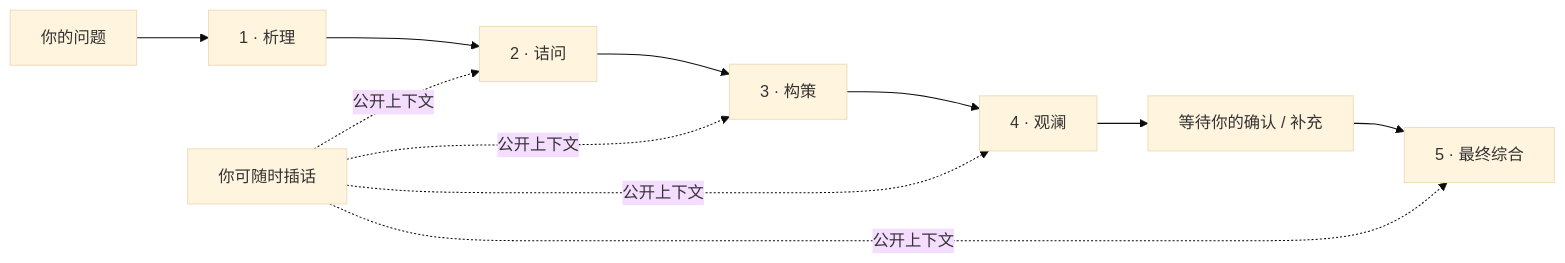
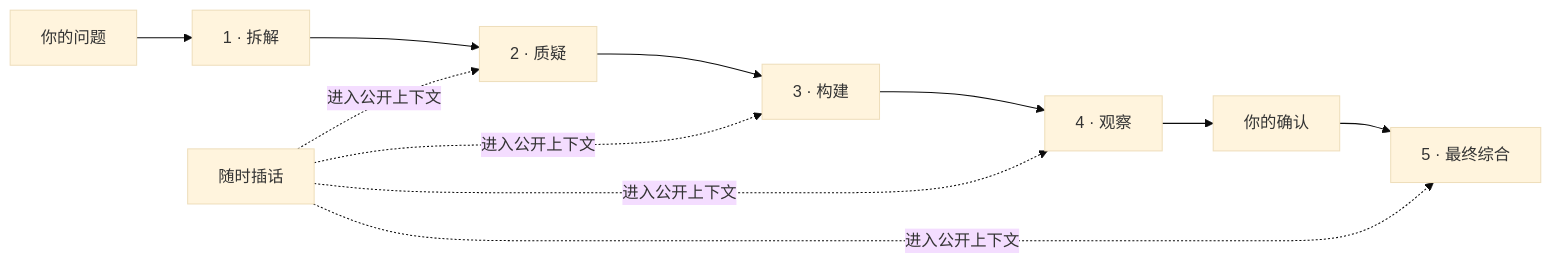
Before and after one commit to loveramarois-byte/council-lab: the diagram in README.md, drawn with Mermaid (base theme). The commit also changed other lines of this file and 92 other files, not shown here.

````diff
--- a/README.md
+++ b/README.md
@@ -47,13 +46,13 @@
 ```mermaid
 flowchart LR
-    Q["你的问题"] --> A["1 · 析理"]
-    A --> B["2 · 诘问"]
-    B --> C["3 · 构策"]
-    C --> D["4 · 观澜"]
-    D --> H["等待你的确认 / 补充"]
-    H --> S["5 · 最终综合"]
-    U["你可随时插话"] -.公开上下文.-> B
-    U -.公开上下文.-> C
-    U -.公开上下文.-> D
-    U -.公开上下文.-> S
+    Q["你的问题"] --> A["1 · 拆解"]
+    A --> C["2 · 质疑"]
+    C --> B["3 · 构建"]
+    B --> O["4 · 观察"]
+    O --> H["你的确认"]
+    H --> F["5 · 最终综合"]
+    U["随时插话"] -.进入公开上下文.-> C
+    U -.进入公开上下文.-> B
+    U -.进入公开上下文.-> O
+    U -.进入公开上下文.-> F
 ```
````
